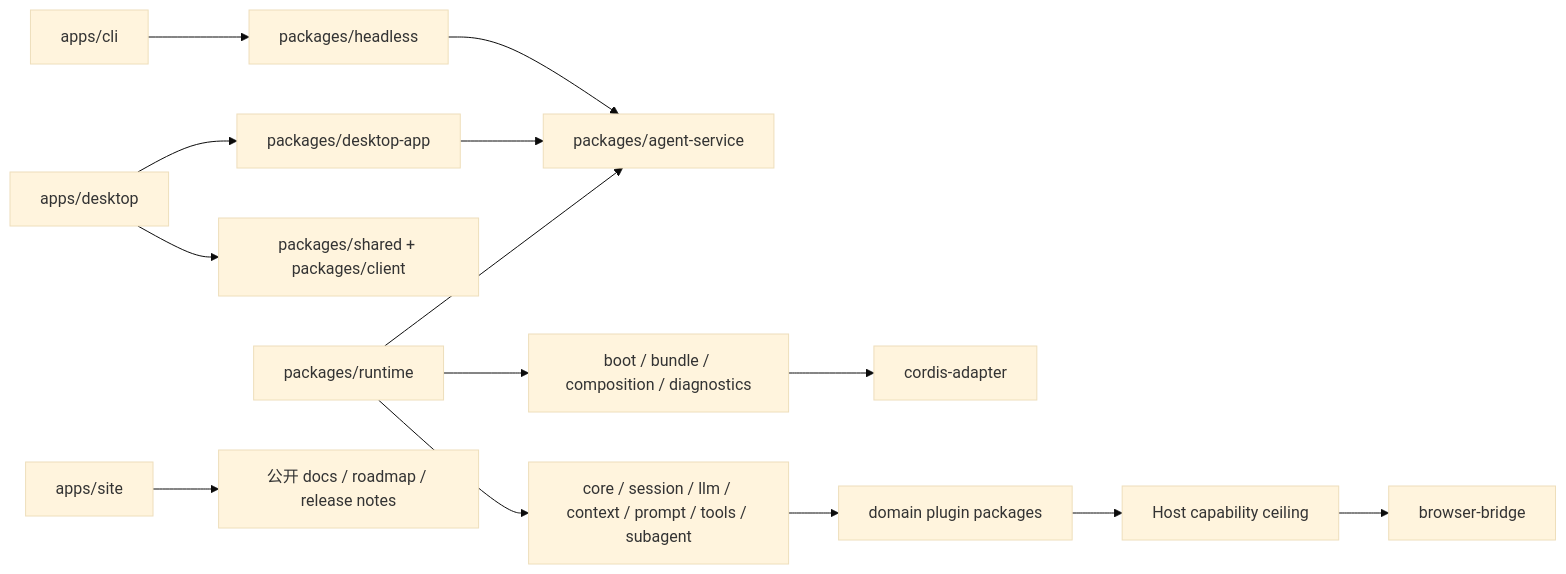
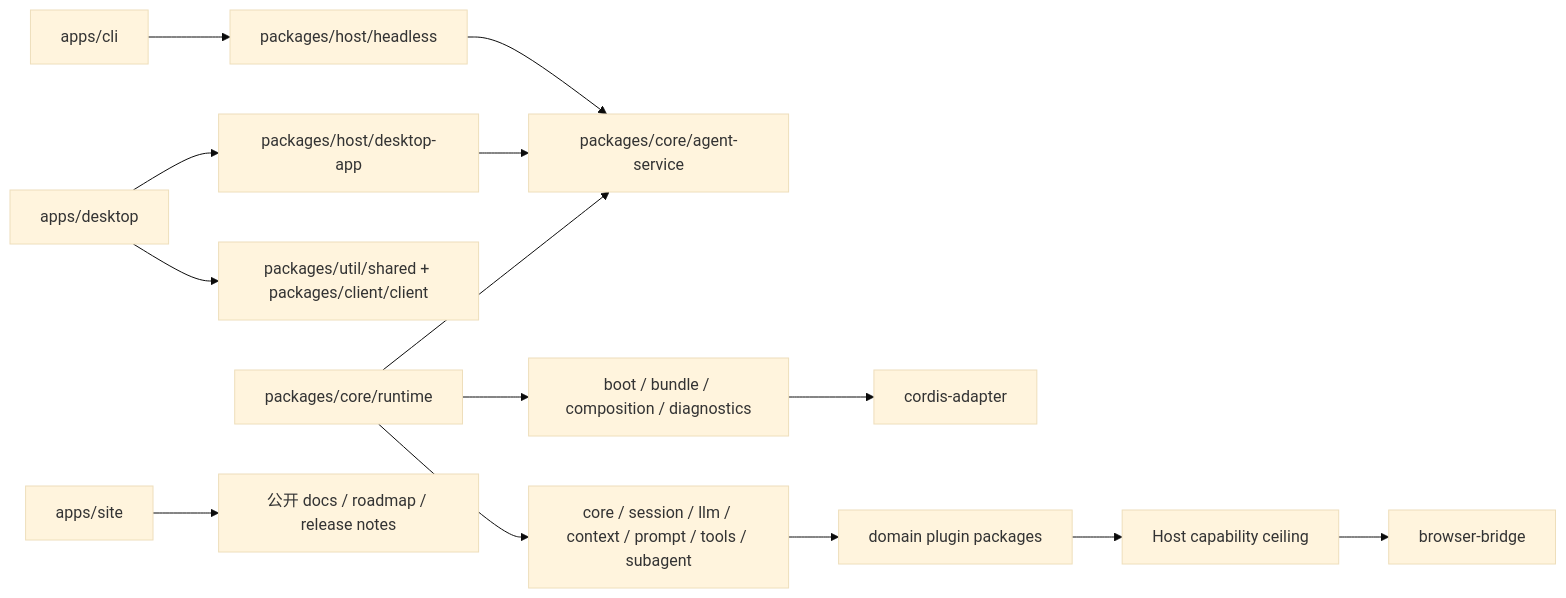
Before and after one commit to WakeUp-Jin/actspace-agent: the second of 2 diagrams in docs/design-docs/agent-plugin-runtime/agent-spec-package-layout-and-plugin-packaging.md, drawn with Mermaid (base theme). The commit also changed other lines of this file and 1405 other files, not shown here.

````diff
--- a/docs/design-docs/agent-plugin-runtime/agent-spec-package-layout-and-plugin-packaging.md
+++ b/docs/design-docs/agent-plugin-runtime/agent-spec-package-layout-and-plugin-packaging.md
@@ -82,16 +82,16 @@
 ```mermaid
 flowchart LR
-    D["apps/desktop"] --> DA["packages/desktop-app"]
-    C["apps/cli"] --> HL["packages/headless"]
+    D["apps/desktop"] --> DA["packages/host/desktop-app"]
+    C["apps/cli"] --> HL["packages/host/headless"]
     S["apps/site"] --> PUBLIC["公开 docs / roadmap / release notes"]
-    DA --> AS["packages/agent-service"]
+    DA --> AS["packages/core/agent-service"]
     HL --> AS
-    R["packages/runtime"] --> AS
+    R["packages/core/runtime"] --> AS
     R --> B["boot / bundle / composition / diagnostics"]
     B --> CA["cordis-adapter"]
     R --> CORE["core / session / llm / context / prompt / tools / subagent"]
     CORE --> PLUG["domain plugin packages"]
     PLUG --> CAP["Host capability ceiling"]
     CAP --> BB["browser-bridge"]
-    D --> SH["packages/shared + packages/client"]
+    D --> SH["packages/util/shared + packages/client/client"]
 ```
````
